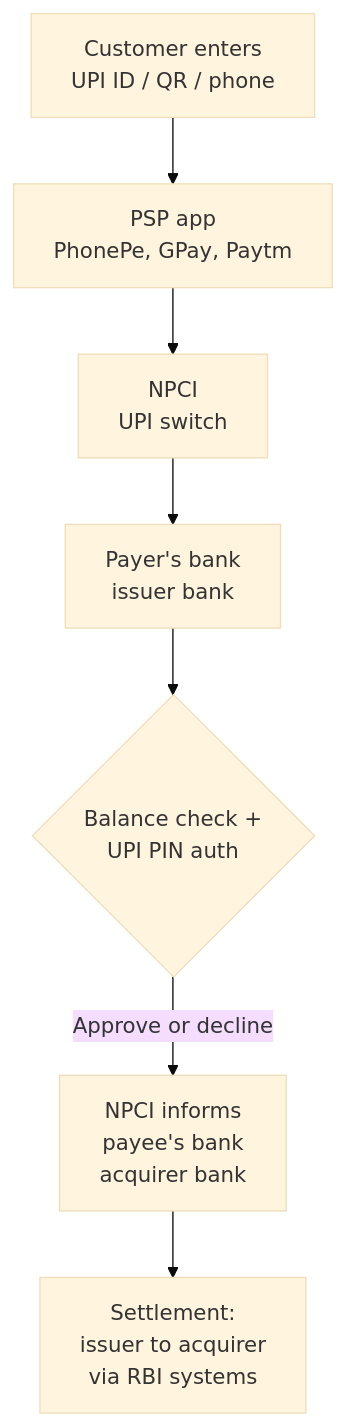
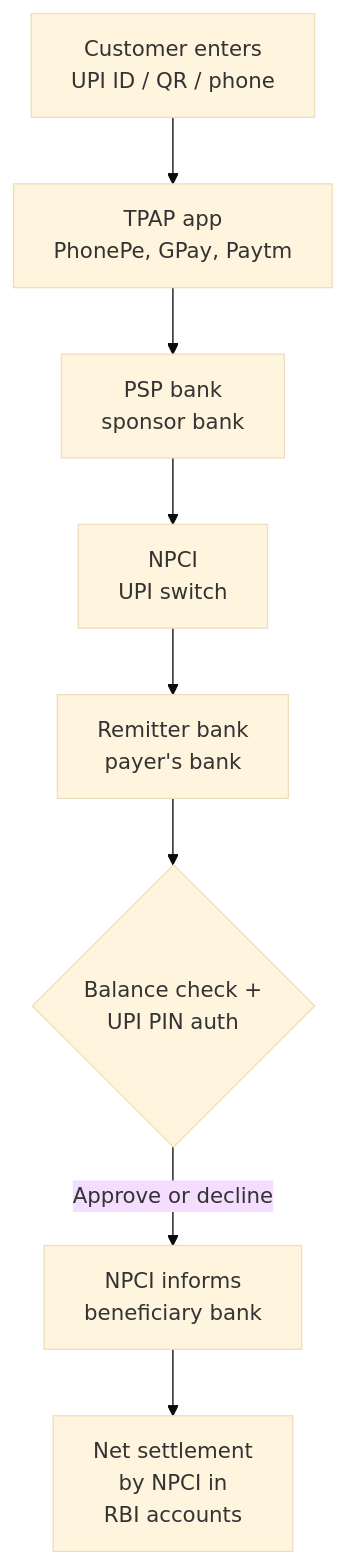
The second of 2 diagrams in AAScratches/04-HLD-System-Design/notes/Payment_System_Design.md (ravivarmachaluvadi/java-interview-practice), drawn with Mermaid (base theme) before and after one commit. The commit also changed other lines of this file and 34 other files, not shown here.

````diff
--- a/AAScratches/04-HLD-System-Design/notes/Payment_System_Design.md
+++ b/AAScratches/04-HLD-System-Design/notes/Payment_System_Design.md
@@ -184,9 +360,10 @@
 ```mermaid
 flowchart TD
-    A[Customer enters<br>UPI ID / QR / phone] --> B[PSP app<br>PhonePe, GPay, Paytm]
-    B --> C[NPCI<br>UPI switch]
-    C --> D[Payer's bank<br>issuer bank]
-    D --> E{Balance check +<br>UPI PIN auth}
-    E -->|Approve or decline| F[NPCI informs<br>payee's bank<br>acquirer bank]
-    F --> G[Settlement:<br>issuer to acquirer<br>via RBI systems]
+    A[Customer enters<br>UPI ID / QR / phone] --> B[TPAP app<br>PhonePe, GPay, Paytm]
+    B --> C[PSP bank<br>sponsor bank]
+    C --> D[NPCI<br>UPI switch]
+    D --> E[Remitter bank<br>payer's bank]
+    E --> F{Balance check +<br>UPI PIN auth}
+    F -->|Approve or decline| G[NPCI informs<br>beneficiary bank]
+    G --> H[Net settlement<br>by NPCI in<br>RBI accounts]
 ```
````
